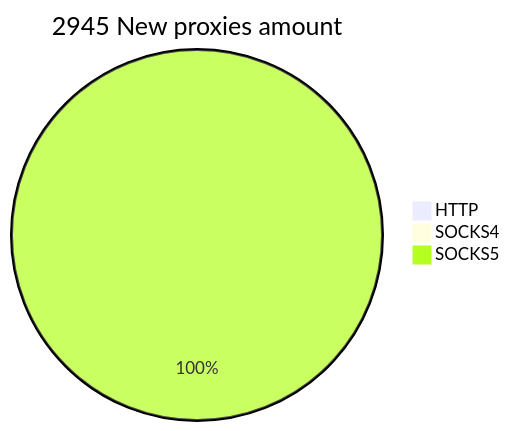
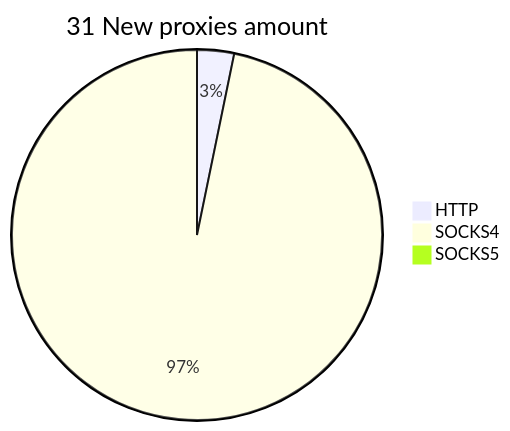
Before and after one commit to cutipu/proxylist: the second of 2 diagrams in README.md, drawn with Mermaid. The commit also changed other lines of this file, not shown here.

````diff
--- a/README.md
+++ b/README.md
@@ -10,6 +10,6 @@
 ```mermaid
-pie title 2945 New proxies amount
-    "HTTP" : 0
-    "SOCKS4" : 0
-    "SOCKS5" : 2945
+pie title 31 New proxies amount
+    "HTTP" : 1
+    "SOCKS4" : 30
+    "SOCKS5" : 0
 ```
````
